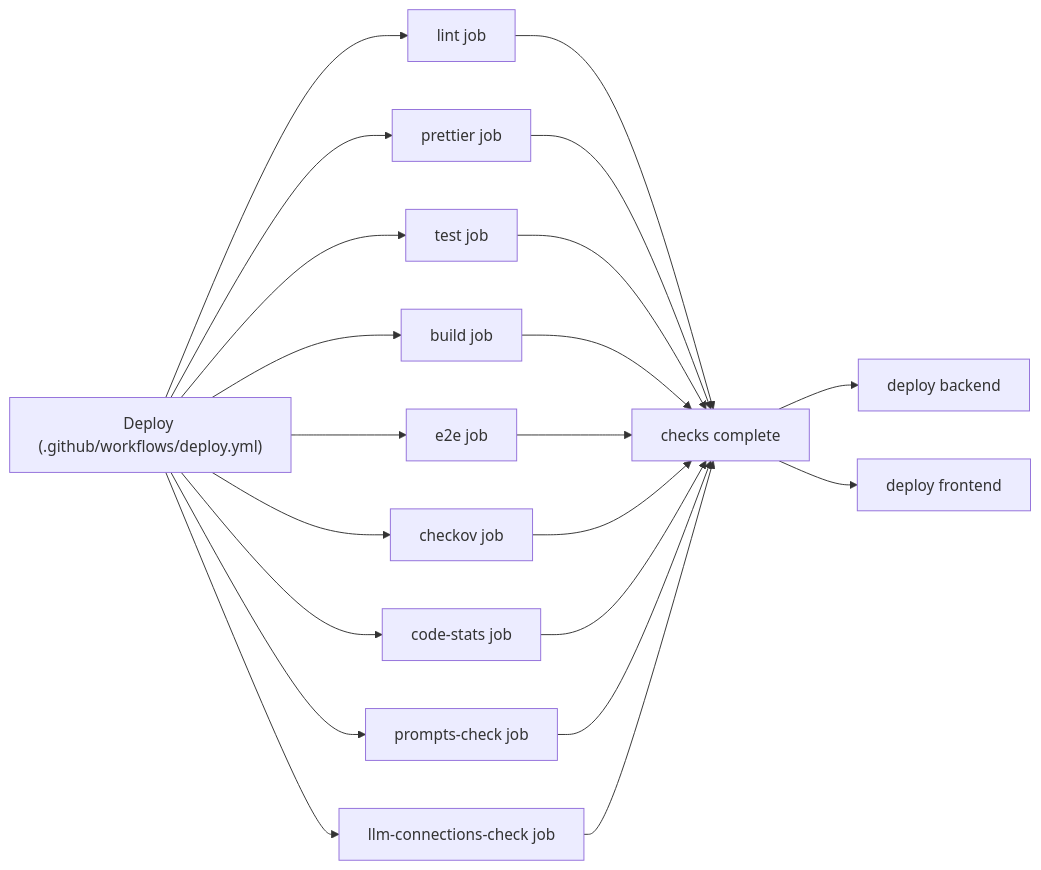
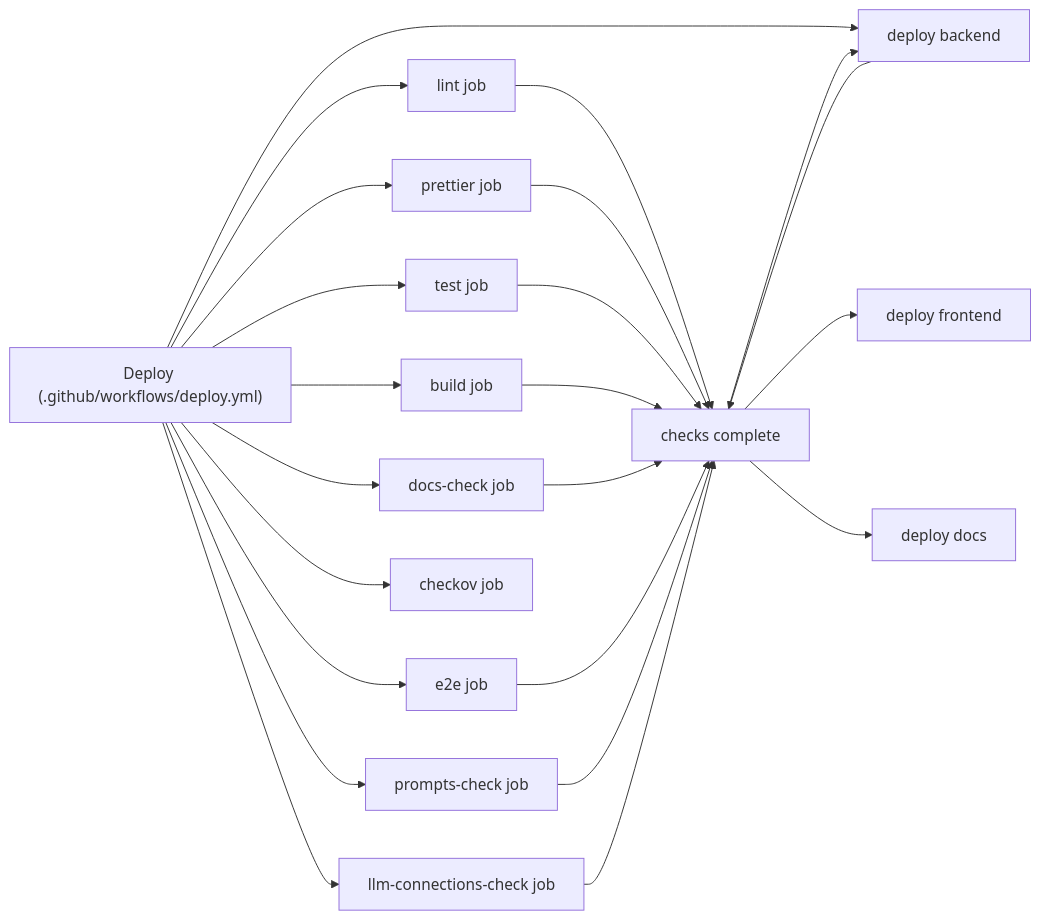
One commit to Chronote-gg/Chronote changed the fourth of 4 diagrams in README.md. Above: the diagram before and after it, drawn with Mermaid. The commit also changed other lines of this file and 32 other files, not shown here.

````diff
--- a/README.md
+++ b/README.md
@@ -121,23 +126,25 @@
 ```mermaid
 flowchart LR
   A["Deploy (.github/workflows/deploy.yml)"] --> B["lint job"]
   A --> C["prettier job"]
   A --> D["test job"]
   A --> E["build job"]
-  A --> F["e2e job"]
-  A --> G["checkov job"]
-  A --> H["code-stats job"]
+  A --> F["docs-check job"]
+  A --> G["e2e job"]
+  A --> H["checkov job"]
+  A --> I["code-stats job"]
   A --> P["prompts-check job"]
   A --> Q["llm-connections-check job"]
   B --> Z["checks complete"]
   C --> Z
   D --> Z
   E --> Z
   F --> Z
   G --> Z
-  H --> Z
+  I --> Z
   P --> Z
   Q --> Z
   Z --> I["deploy backend"]
   Z --> J["deploy frontend"]
+  Z --> K["deploy docs"]
 ```
````
